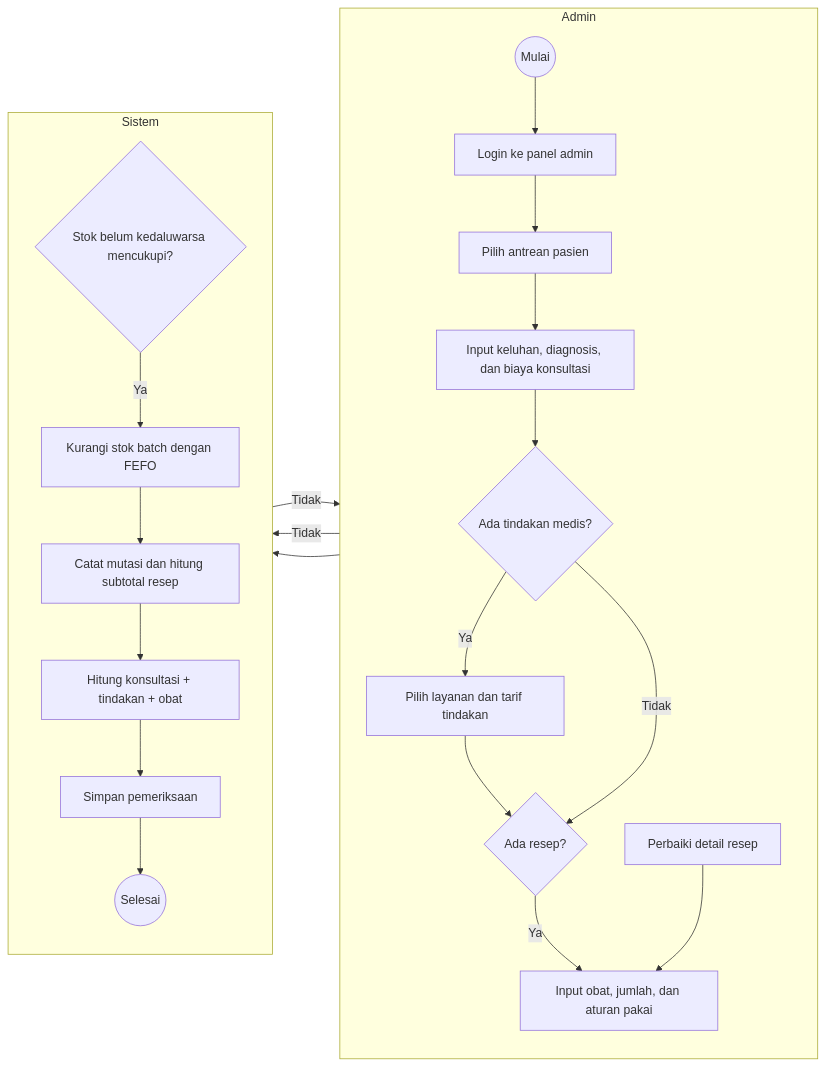
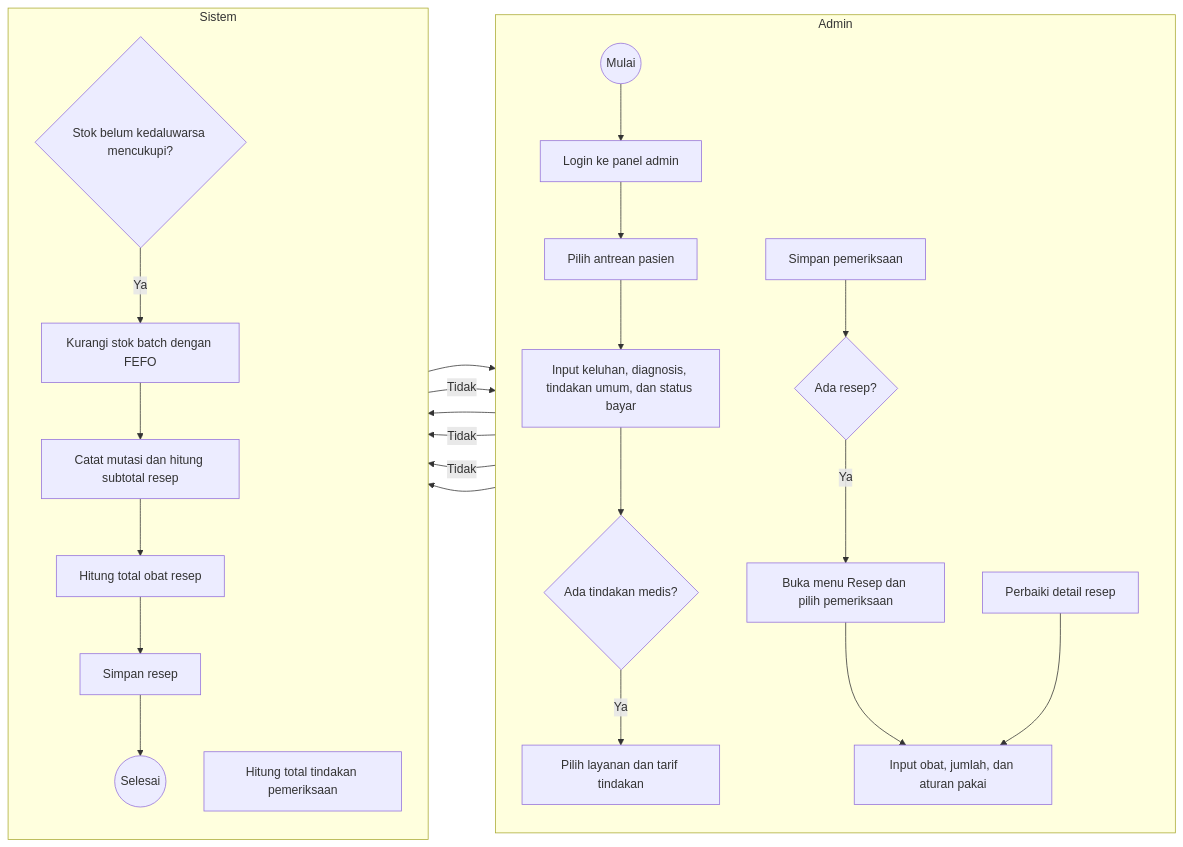
One commit to Faathir81/Sistem-Informasi-Klinik changed the fourth of 7 diagrams in dokumentasi/spesifikasi-proyek/activity-diagrams.md. Above: the diagram before and after it, drawn with Mermaid. The commit also changed other lines of this file and 4 other files, not shown here.

Commit message:
docs: align activity and sequence diagrams with implementation

````diff
--- a/dokumentasi/spesifikasi-proyek/activity-diagrams.md
+++ b/dokumentasi/spesifikasi-proyek/activity-diagrams.md
@@ -142,34 +136,37 @@
 ```mermaid
 flowchart LR
     subgraph adminLane["Admin"]
         direction TB
         start((Mulai))
         login[Login ke panel admin]
         queue[Pilih antrean pasien]
-        exam[Input keluhan, diagnosis, dan biaya konsultasi]
+        exam[Input keluhan, diagnosis, tindakan umum, dan status bayar]
         action{Ada tindakan medis?}
         service[Pilih layanan dan tarif tindakan]
+        saveExam[Simpan pemeriksaan]
         recipe{Ada resep?}
+        openRecipe[Buka menu Resep dan pilih pemeriksaan]
         detail[Input obat, jumlah, dan aturan pakai]
         revise[Perbaiki detail resep]
     end
 
     subgraph sistemLane["Sistem"]
         direction TB
         stock{Stok belum kedaluwarsa mencukupi?}
         fefo[Kurangi stok batch dengan FEFO]
         mutation[Catat mutasi dan hitung subtotal resep]
-        total[Hitung konsultasi + tindakan + obat]
-        save[Simpan pemeriksaan]
+        totalExam[Hitung total tindakan pemeriksaan]
+        totalRecipe[Hitung total obat resep]
+        saveRecipe[Simpan resep]
         finish((Selesai))
     end
 
     start --> login --> queue --> exam --> action
-    action -- Ya --> service --> recipe
-    action -- Tidak --> recipe
-    recipe -- Tidak --> total
-    recipe -- Ya --> detail --> stock
+    action -- Ya --> service --> totalExam
+    action -- Tidak --> totalExam
+    totalExam --> saveExam --> recipe
+    recipe -- Tidak --> finish
+    recipe -- Ya --> openRecipe --> detail --> stock
     stock -- Tidak --> revise --> detail
-    stock -- Ya --> fefo --> mutation --> total
-    total --> save --> finish
+    stock -- Ya --> fefo --> mutation --> totalRecipe --> saveRecipe --> finish
 ```
````
